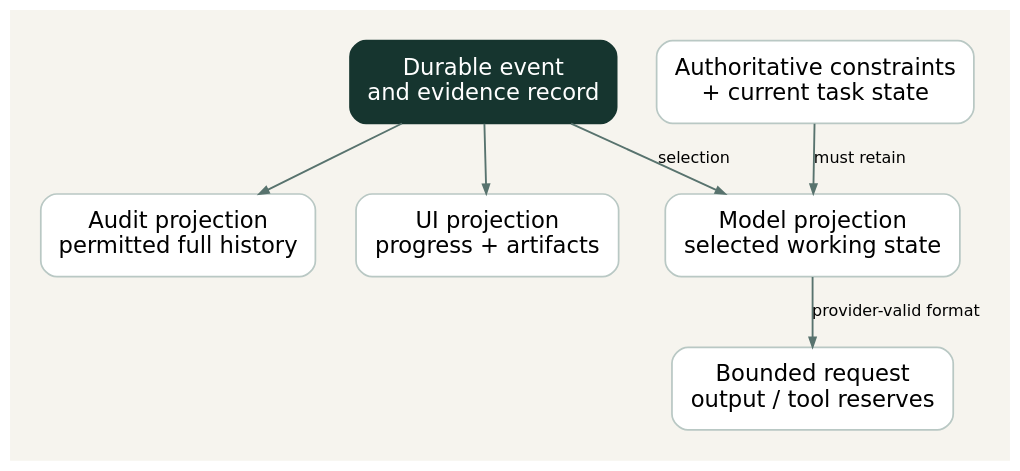
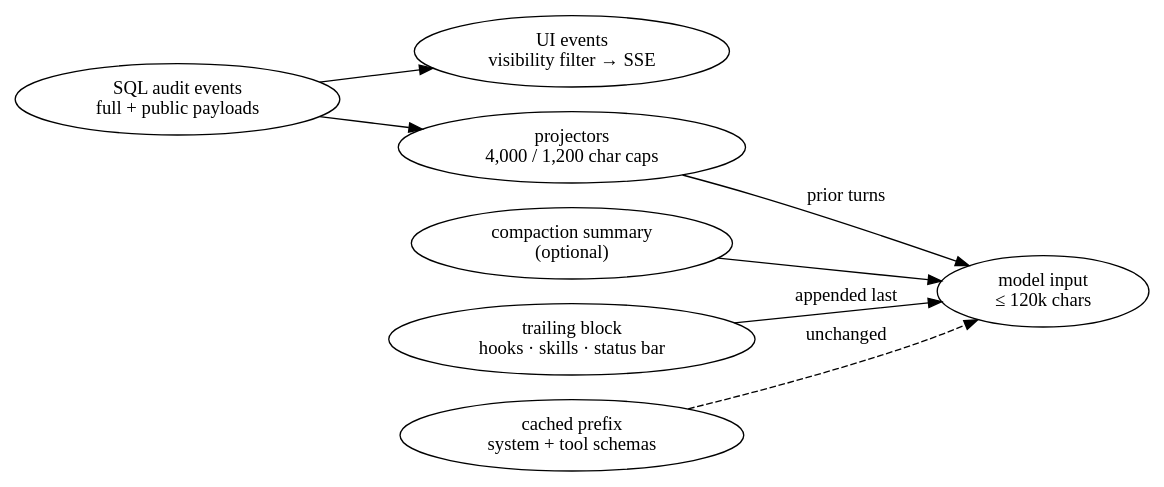
Before and after one commit to Shaunfurtado/Shaunfurtado.github.io: the diagram in src/assets/blog-diagrams/07-context-engineering-ai-agents-working-state.dot, drawn with Graphviz. The commit also changed 114 other files, not shown here.

First line of the commit message:
refactor: rewrite blog posts around real system details and theme the diagrams

```diff
--- a/src/assets/blog-diagrams/07-context-engineering-ai-agents-working-state.dot
+++ b/src/assets/blog-diagrams/07-context-engineering-ai-agents-working-state.dot
@@ -1,19 +1,16 @@
-digraph design {
-graph [rankdir=TB, bgcolor="#f6f4ee", pad="0.32", nodesep="0.42", ranksep="0.55", splines=polyline, fontname="DejaVu Sans", fontsize=18];
-node [shape=box, style="rounded,filled", fillcolor="#ffffff", color="#b9c8c4", penwidth=1.3, fontname="DejaVu Sans", fontsize=17, margin="0.20,0.16"];
-edge [color="#58736e", fontname="DejaVu Sans", fontsize=12, arrowsize=0.7, penwidth=1.4];
-log [label="Durable event\nand evidence record",fillcolor="#16352f",fontcolor="#ffffff",color="#16352f"];
-audit [label="Audit projection\npermitted full history"];
-ui [label="UI projection\nprogress + artifacts"];
-model [label="Model projection\nselected working state"];
-rules [label="Authoritative constraints\n+ current task state"];
-budget [label="Bounded request\noutput / tool reserves"];
-log -> audit [label=""];
-log -> ui [label=""];
-log -> model [label="selection"];
-rules -> model [label="must retain"];
-model -> budget [label="provider-valid format"];
-{rank=same; log; rules;}
-{rank=same; audit; ui; model;}
-{rank=same; budget;}
+digraph context {
+rankdir=LR;
+audit [label="SQL audit events\nfull + public payloads", class="key"];
+ui [label="UI events\nvisibility filter → SSE"];
+proj [label="projectors\n4,000 / 1,200 char caps"];
+summary [label="compaction summary\n(optional)"];
+input [label="model input\n≤ 120k chars"];
+tail [label="trailing block\nhooks · skills · status bar"];
+prefix [label="cached prefix\nsystem + tool schemas", class="ghost"];
+audit -> ui;
+audit -> proj;
+proj -> input [label="prior turns"];
+summary -> input;
+tail -> input [label="appended last"];
+prefix -> input [label="unchanged", style=dashed];
 }
```
